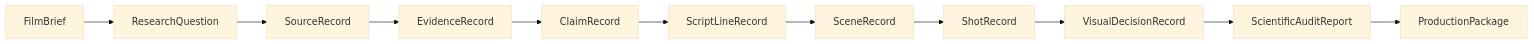
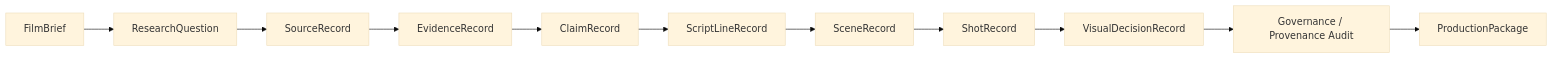
The first of 3 diagrams in docs/architecture/workflow-architecture.md (amin076/tital), drawn with Mermaid (base theme) before and after one commit. The commit also changed other lines of this file, not shown here.

Commit message:
docs: refresh workflow architecture after persisted web MVP

````diff
--- a/docs/architecture/workflow-architecture.md
+++ b/docs/architecture/workflow-architecture.md
@@ -10,16 +16,16 @@
 ```mermaid
 graph LR
     FB[FilmBrief]
     RQ[ResearchQuestion]
     SR[SourceRecord]
     ER[EvidenceRecord]
     CR[ClaimRecord]
     SL[ScriptLineRecord]
     SC[SceneRecord]
     SH[ShotRecord]
     VD[VisualDecisionRecord]
-    AU[ScientificAuditReport]
+    AU[Governance / Provenance Audit]
     PP[ProductionPackage]
 
     FB --> RQ --> SR --> ER --> CR --> SL --> SC --> SH --> VD --> AU --> PP
 ```
````
